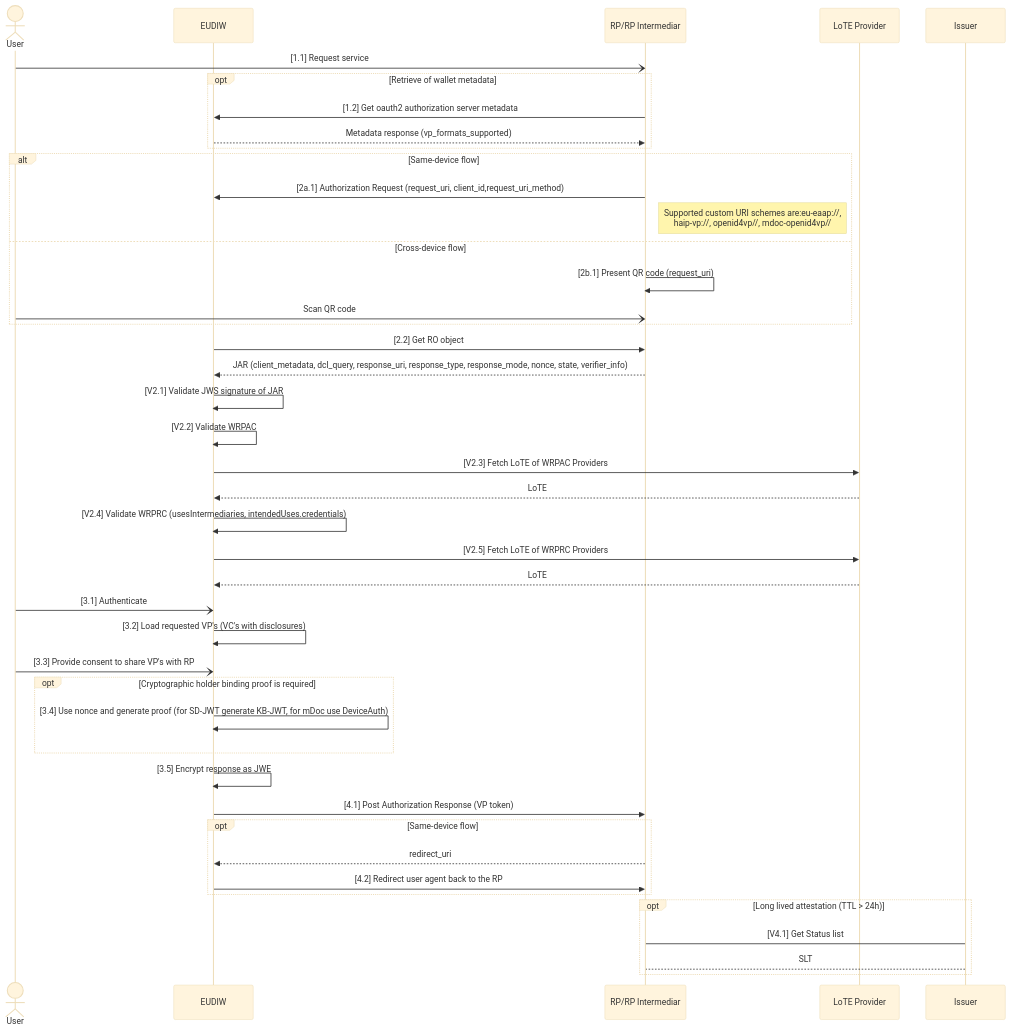
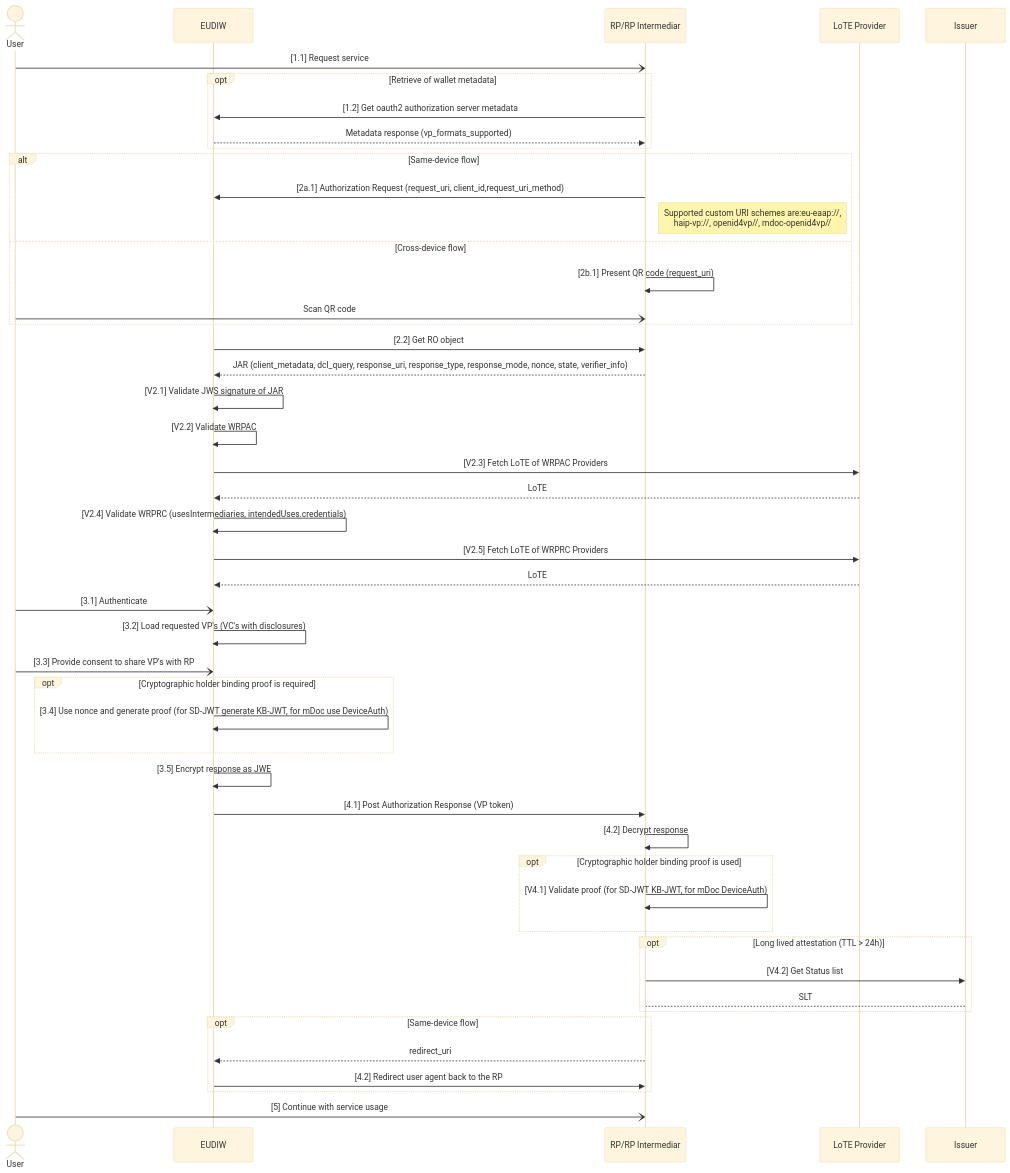
One commit to APTITUDE-Consortium/aptitude-eudi-wallet-specs changed the diagram in docs/wp2/Generic remote presentation flow specification.md. Above: the diagram before and after it, drawn with Mermaid. The commit also changed other lines of this file, not shown here.

First line of the commit message:
Update Generic remote presentation flow specification.md

````diff
--- a/docs/wp2/Generic remote presentation flow specification.md
+++ b/docs/wp2/Generic remote presentation flow specification.md
@@ -221,52 +221,56 @@
 ```mermaid
 ---
 config:
   rightAngles: true
   theme: base
 ---
 sequenceDiagram
     actor U as User
     participant W as EUDIW
     participant R as RP/RP Intermediar
     participant L as LoTE Provider
     participant I as Issuer
 
     U-)R: [1.1] Request service
     Opt Retrieve of wallet metadata
       R->>W: [1.2] Get oauth2 authorization server metadata
       W-->>R: Metadata response (vp_formats_supported)
     end
     Alt Same-device flow
       R->>W: [2a.1] Authorization Request (request_uri, client_id,request_uri_method)
       note right of R: Supported custom URI schemes are:eu-eaap://,<br/>haip-vp://, openid4vp//, mdoc-openid4vp//
     else Cross-device flow
       R->>R: [2b.1] Present QR code (request_uri)
       U-)R: Scan QR code
     end
     W->>R: [2.2] Get RO object
     R-->>W: JAR (client_metadata, dcl_query, response_uri, response_type, response_mode, nonce, state, verifier_info)
     W->>W: [V2.1] Validate JWS signature of JAR
     W->>W: [V2.2] Validate WRPAC
     W->>L: [V2.3] Fetch LoTE of WRPAC Providers
     L-->>W: LoTE
     W->>W: [V2.4] Validate WRPRC (usesIntermediaries, intendedUses.credentials)
     W->>L: [V2.5] Fetch LoTE of WRPRC Providers
     L-->>W: LoTE
     U-)W: [3.1] Authenticate
     W->>W: [3.2] Load requested VP's (VC's with disclosures)
     U-)W: [3.3] Provide consent to share VP's with RP
     Opt Cryptographic holder binding proof is required
       W->>W: [3.4] Use nonce and generate proof (for SD-JWT generate KB-JWT, for mDoc use DeviceAuth)
     end
     W->>W: [3.5] Encrypt response as JWE
     W->>R: [4.1] Post Authorization Response (VP token)
+    R->>R: [4.2] Decrypt response
+    Opt Cryptographic holder binding proof is used
+      R->>R: [V4.1] Validate proof (for SD-JWT KB-JWT, for mDoc DeviceAuth)
+    end
+    Opt Long lived attestation (TTL > 24h)
+      R->>I: [V4.2] Get Status list
+      I-->R: SLT
+    end
     Opt Same-device flow
       R-->>W: redirect_uri
       W->>R: [4.2] Redirect user agent back to the RP
     end
-    Opt Long lived attestation (TTL > 24h)
-      R->I: [V4.1] Get Status list
-      I-->R: SLT
-    end
-
+    U-)R: [5] Continue with service usage
 ```
````
